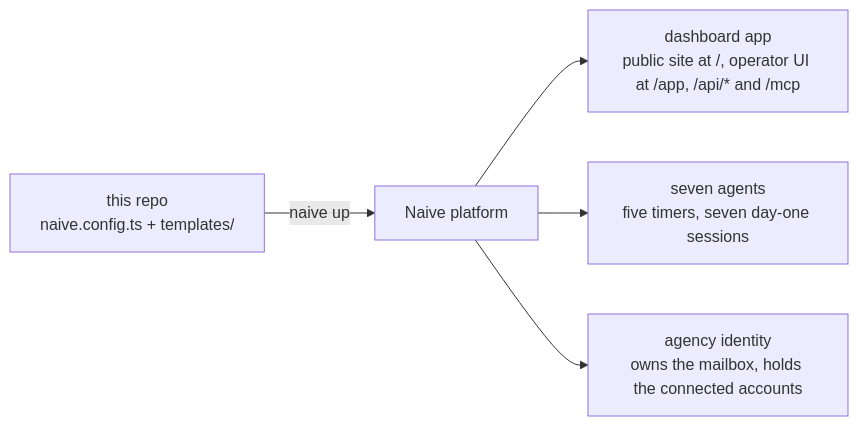
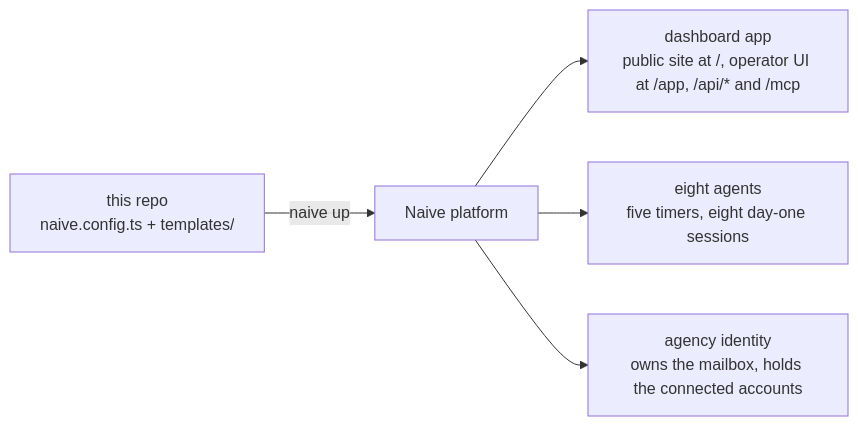
The diagram in README.md (usenaive/agency-blueprint), drawn with Mermaid before and after one commit. The commit also changed other lines of this file and 15 other files, not shown here.

````diff
--- a/README.md
+++ b/README.md
@@ -31,8 +31,8 @@
 ```mermaid
 flowchart LR
   repo["this repo<br/>naive.config.ts + templates/"]
   repo -->|naive up| plat["Naive platform"]
   plat --> dash["dashboard app<br/>public site at /, operator UI at /app, /api/* and /mcp"]
-  plat --> crew["seven agents<br/>five timers, seven day-one sessions"]
+  plat --> crew["eight agents<br/>five timers, eight day-one sessions"]
   plat --> idn["agency identity<br/>owns the mailbox, holds the connected accounts"]
 ```
````
